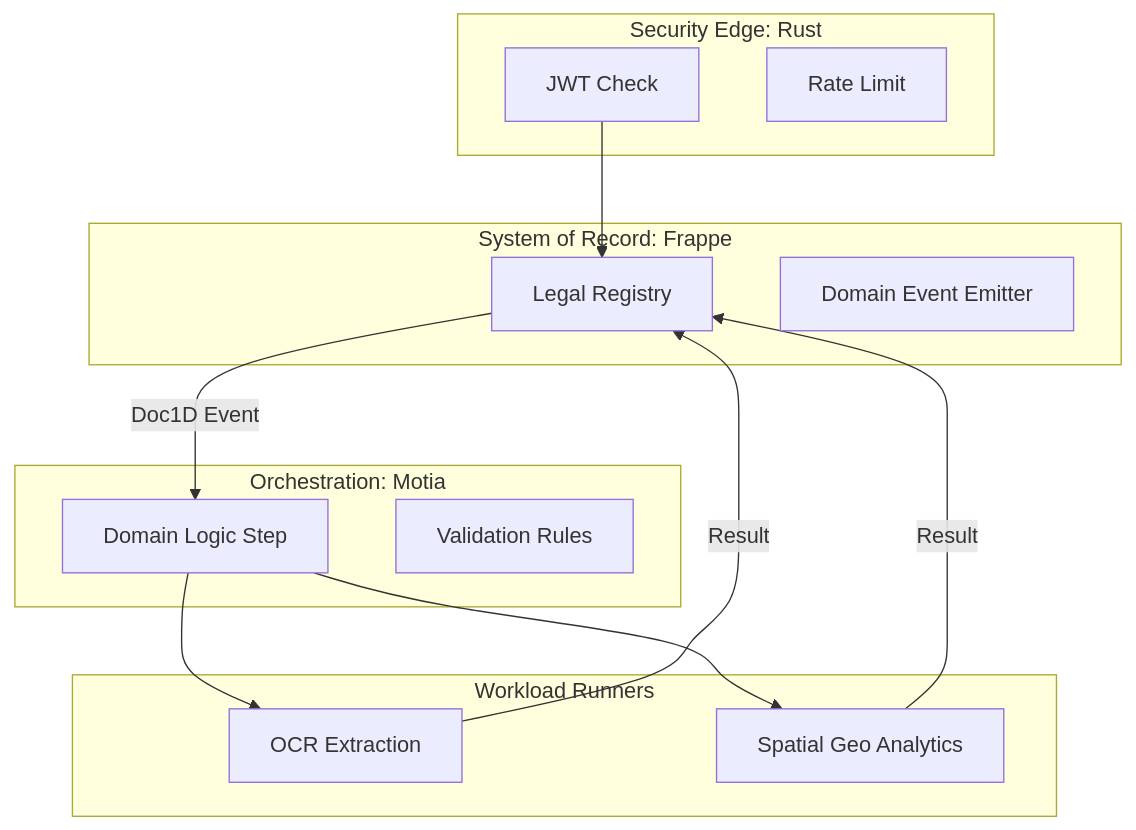
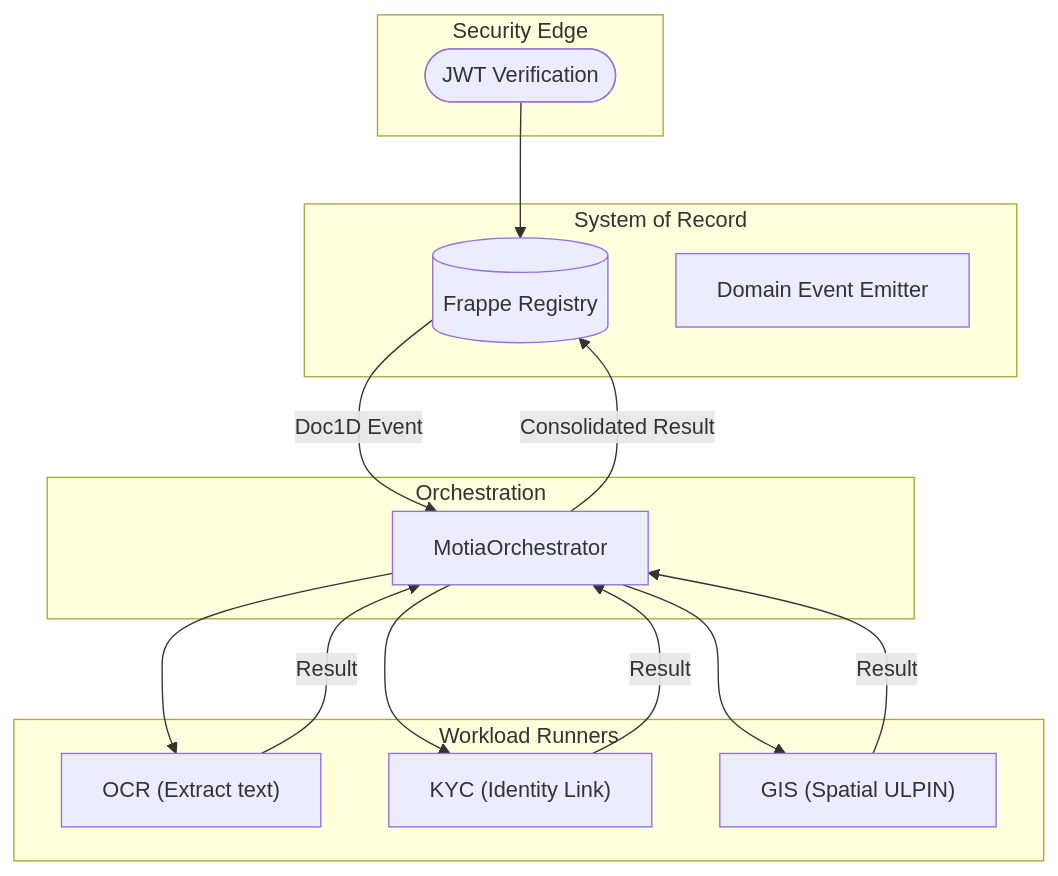
The second of 2 diagrams in documentation/FULL_DOCUMENTATION_ARCHIVE.md (internetartsy/JK), drawn with Mermaid before and after one commit. The commit also changed other lines of this file and 37 other files, not shown here.

````diff
--- a/documentation/FULL_DOCUMENTATION_ARCHIVE.md
+++ b/documentation/FULL_DOCUMENTATION_ARCHIVE.md
@@ -10,34 +63,36 @@
 ```mermaid
 flowchart TD
     %% -- Edge Gateway --
-    subgraph Edge_Step [Security Edge: Rust]
-        Auth["JWT Check"]
-        Rate["Rate Limit"]
+    subgraph Edge_Step [Security Edge]
+        Auth(["JWT Verification"])
     end
 
     %% -- Registry SOR --
-    subgraph Registry_Step [System of Record: Frappe]
-        SOR["Legal Registry"]
+    subgraph Registry_Step [System of Record]
+        SOR[("Frappe Registry")]
         Event["Domain Event Emitter"]
     end
 
     %% -- Logic Orchestration --
-    subgraph Logic_Step [Orchestration: Motia]
-        Flow["Domain Logic Step"]
-        Rule["Validation Rules"]
+    subgraph Logic_Step [Orchestration]
+        Flow["MotiaOrchestrator"]
     end
 
     %% -- Functional Execution --
     subgraph Service_Step [Workload Runners]
-        OCR["OCR Extraction"]
-        GIS["Spatial Geo Analytics"]
+        OCR["OCR (Extract text)"]
+        KYC["KYC (Identity Link)"]
+        GIS["GIS (Spatial ULPIN)"]
     end
 
     %% -- Flows --
     Auth --> SOR
     SOR -->|"Doc1D Event"| Flow
     Flow --> OCR
+    Flow --> KYC
     Flow --> GIS
-    OCR -->|"Result"| SOR
-    GIS -->|"Result"| SOR
+    OCR -->|"Result"| Flow
+    KYC -->|"Result"| Flow
+    GIS -->|"Result"| Flow
+    Flow -->|"Consolidated Result"| SOR
 ```
````
